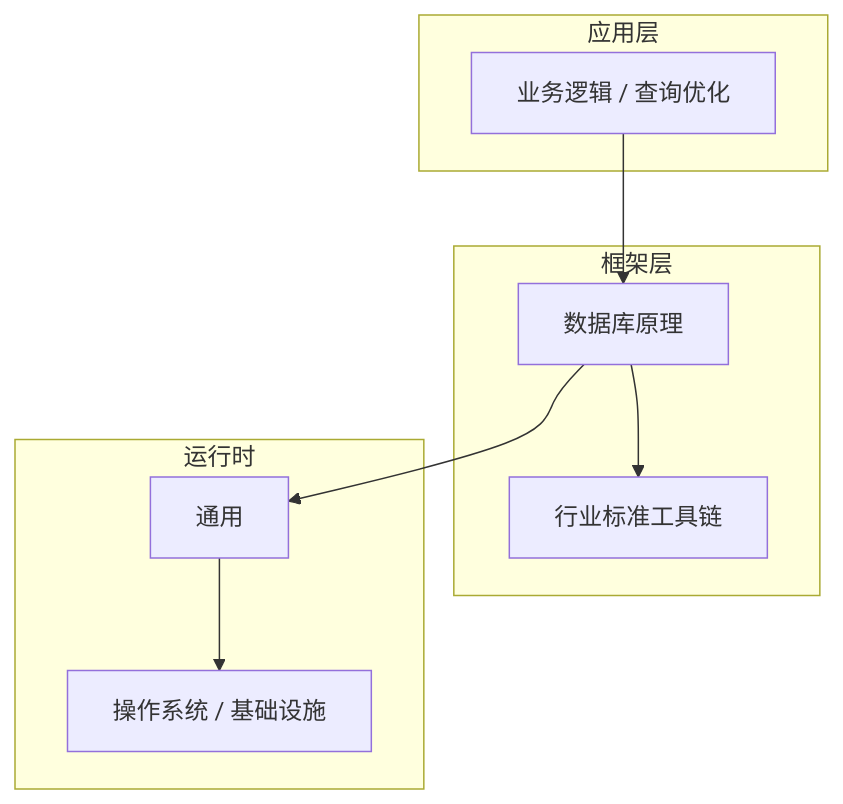
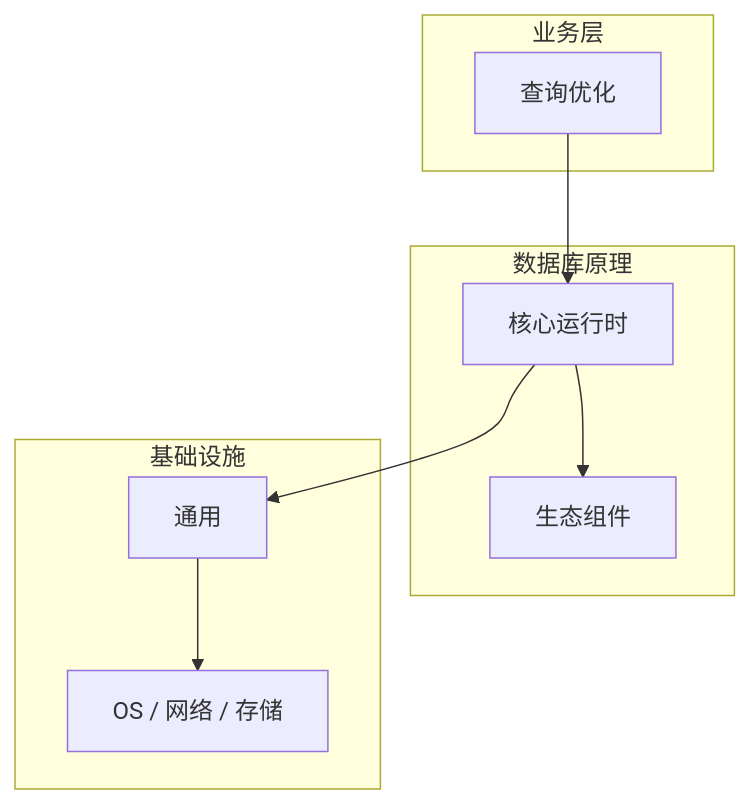
One commit to yanggan2015/knowledge-json-v2 changed the diagram in articles/数据库原理/chapters/065-查询优化核心概念与原理.md. Above: the diagram before and after it, drawn with Mermaid. The commit also changed other lines of this file and 10127 other files, not shown here.

````diff
--- a/articles/数据库原理/chapters/065-查询优化核心概念与原理.md
+++ b/articles/数据库原理/chapters/065-查询优化核心概念与原理.md
@@ -45,18 +34,18 @@
 ```mermaid
 graph TB
-    subgraph 应用层
-        A[业务逻辑 / 查询优化]
+    subgraph 业务层
+        A[查询优化]
     end
-    subgraph 框架层
-        B[数据库原理]
-        C[行业标准工具链]
+    subgraph 数据库原理
+        B[核心运行时]
+        C[生态组件]
     end
-    subgraph 运行时
+    subgraph 基础设施
         D[通用]
-        E[操作系统 / 基础设施]
+        E[OS / 网络 / 存储]
     end
     A --> B
     B --> C
     B --> D
     D --> E
 ```
````
